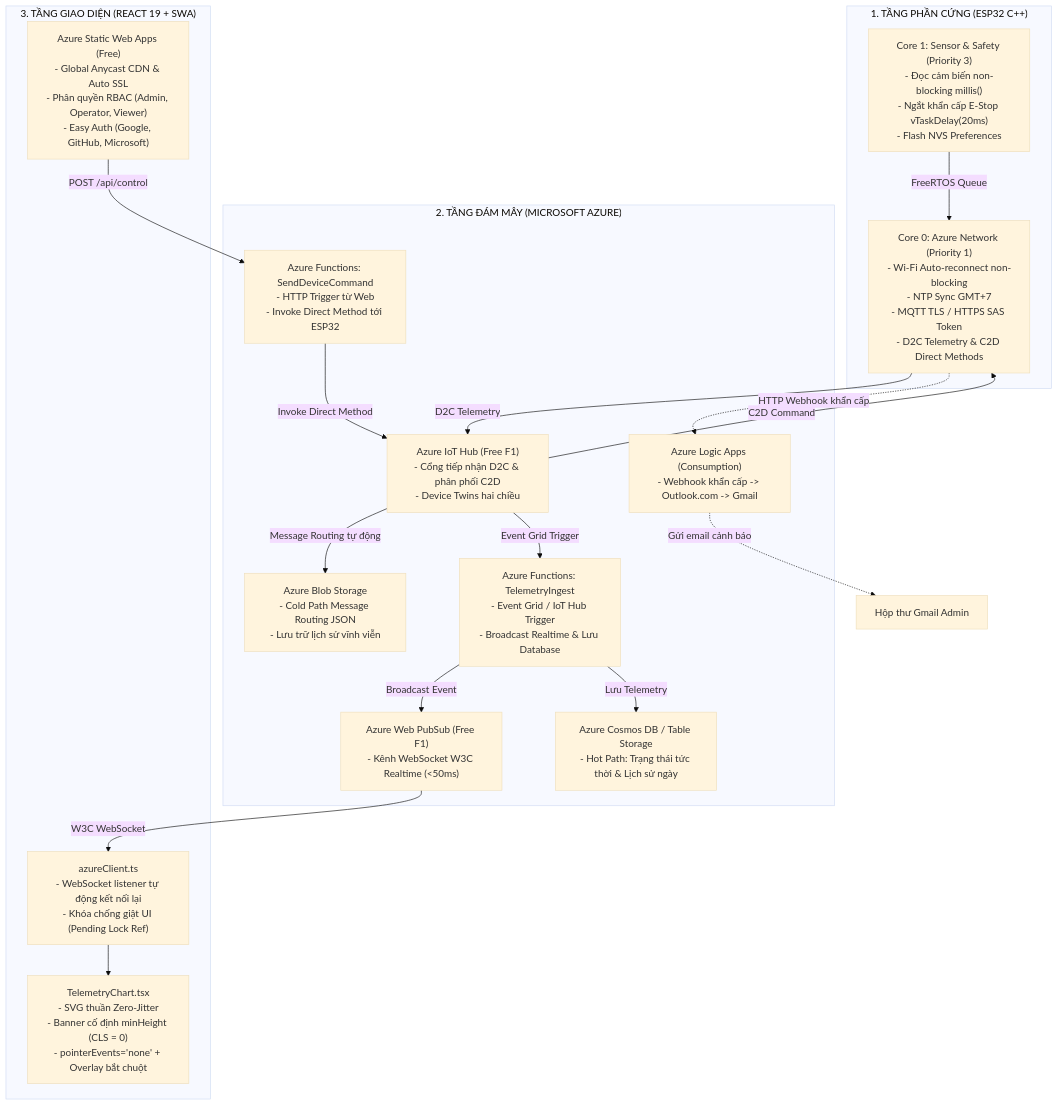
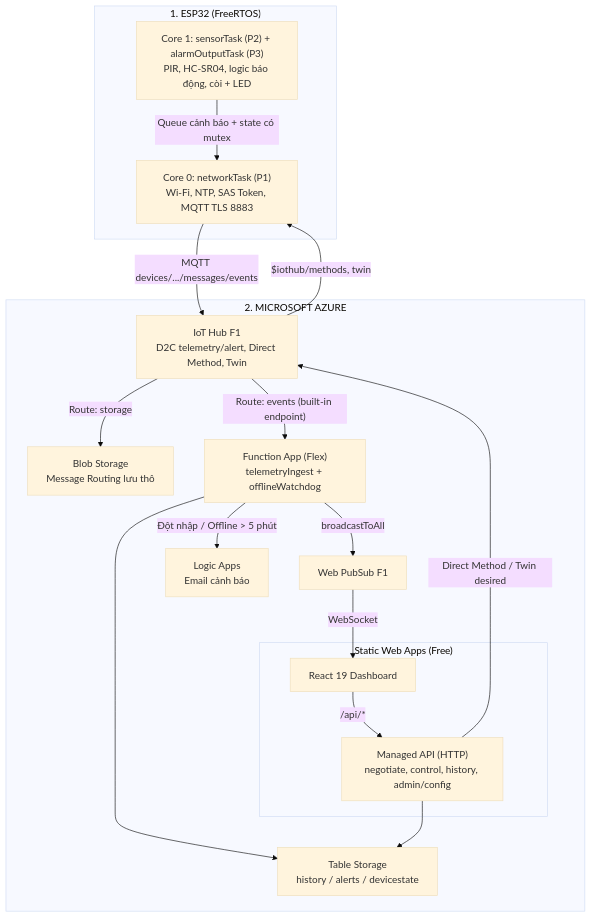
Before and after one commit to Lucvanlia/HeThongTrongTrom: the diagram in HUONG_DAN_CHI_TIET.md, drawn with Mermaid (base theme). The commit also changed other lines of this file and 51 other files, not shown here.

Commit message:
feat: Add planning-with-files, graphify website, GEMINI.md, and Azure IoT guidelines

````diff
--- a/HUONG_DAN_CHI_TIET.md
+++ b/HUONG_DAN_CHI_TIET.md
@@ -28,37 +54,33 @@
 ```mermaid
 flowchart TD
-  subgraph Edge["1. TẦNG PHẦN CỨNG (ESP32 C++)"]
-    Core1["Core 1: Sensor & Safety (Priority 3)\n- Đọc cảm biến non-blocking millis()\n- Ngắt khẩn cấp E-Stop vTaskDelay(20ms)\n- Flash NVS Preferences"]
-    Core0["Core 0: Azure Network (Priority 1)\n- Wi-Fi Auto-reconnect non-blocking\n- NTP Sync GMT+7\n- MQTT TLS / HTTPS SAS Token\n- D2C Telemetry & C2D Direct Methods"]
-    Core1 -->|FreeRTOS Queue| Core0
+  subgraph Edge["1. ESP32 (FreeRTOS)"]
+    C1["Core 1: sensorTask (P2) + alarmOutputTask (P3)<br/>PIR, HC-SR04, logic báo động, còi + LED"]
+    C0["Core 0: networkTask (P1)<br/>Wi-Fi, NTP, SAS Token, MQTT TLS 8883"]
+    C1 -->|"Queue cảnh báo + state có mutex"| C0
   end
 
-  subgraph Cloud["2. TẦNG ĐÁM MÂY (MICROSOFT AZURE)"]
-    IoTHub["Azure IoT Hub (Free F1)\n- Cổng tiếp nhận D2C & phân phối C2D\n- Device Twins hai chiều"]
-    Blob["Azure Blob Storage\n- Cold Path Message Routing JSON\n- Lưu trữ lịch sử vĩnh viễn"]
-    FuncIngest["Azure Functions: TelemetryIngest\n- Event Grid / IoT Hub Trigger\n- Broadcast Realtime & Lưu Database"]
-    FuncCmd["Azure Functions: SendDeviceCommand\n- HTTP Trigger từ Web\n- Invoke Direct Method tới ESP32"]
-    PubSub["Azure Web PubSub (Free F1)\n- Kênh WebSocket W3C Realtime (<50ms)"]
-    Cosmos["Azure Cosmos DB / Table Storage\n- Hot Path: Trạng thái tức thời & Lịch sử ngày"]
-    LogicApp["Azure Logic Apps (Consumption)\n- Webhook khẩn cấp -> Outlook.com -> Gmail"]
+  subgraph Azure["2. MICROSOFT AZURE"]
+    HUB["IoT Hub F1<br/>D2C telemetry/alert, Direct Method, Twin"]
+    BLOB["Blob Storage<br/>Message Routing lưu thô"]
+    FING["Function App (Flex)<br/>telemetryIngest + offlineWatchdog"]
+    TBL["Table Storage<br/>history / alerts / devicestate"]
+    WPS["Web PubSub F1"]
+    LA["Logic Apps<br/>Email cảnh báo"]
+    subgraph SWA["Static Web Apps (Free)"]
+      WEB["React 19 Dashboard"]
+      API["Managed API (HTTP)<br/>negotiate, control, history, admin/config"]
+    end
   end
 
-  subgraph WebApp["3. TẦNG GIAO DIỆN (REACT 19 + SWA)"]
-    SWA["Azure Static Web Apps (Free)\n- Global Anycast CDN & Auto SSL\n- Phân quyền RBAC (Admin, Operator, Viewer)\n- Easy Auth (Google, GitHub, Microsoft)"]
-    Chart["TelemetryChart.tsx\n- SVG thuần Zero-Jitter\n- Banner cố định minHeight (CLS = 0)\n- pointerEvents='none' + Overlay bắt chuột"]
-    PubSubHook["azureClient.ts\n- WebSocket listener tự động kết nối lại\n- Khóa chống giật UI (Pending Lock Ref)"]
-  end
-
-  Core0 -->|D2C Telemetry| IoTHub
-  IoTHub -->|Message Routing tự động| Blob
-  IoTHub -->|Event Grid Trigger| FuncIngest
-  FuncIngest -->|Broadcast Event| PubSub
-  FuncIngest -->|Lưu Telemetry| Cosmos
-  PubSub -->|W3C WebSocket| PubSubHook
-  PubSubHook --> Chart
-  SWA -->|POST /api/control| FuncCmd
-  FuncCmd -->|Invoke Direct Method| IoTHub
-  IoTHub -->|C2D Command| Core0
-  Core0 -.->|HTTP Webhook khẩn cấp| LogicApp
-  LogicApp -.->|Gửi email cảnh báo| AdminEmail["Hộp thư Gmail Admin"]
+  C0 -->|"MQTT devices/.../messages/events"| HUB
+  HUB -->|"Route: storage"| BLOB
+  HUB -->|"Route: events (built-in endpoint)"| FING
+  FING --> TBL
+  FING -->|"broadcastToAll"| WPS
+  FING -->|"Đột nhập / Offline > 5 phút"| LA
+  WPS -->|"WebSocket"| WEB
+  WEB -->|"/api/*"| API
+  API -->|"Direct Method / Twin desired"| HUB
+  API --> TBL
+  HUB -->|"$iothub/methods, twin"| C0
 ```
````
